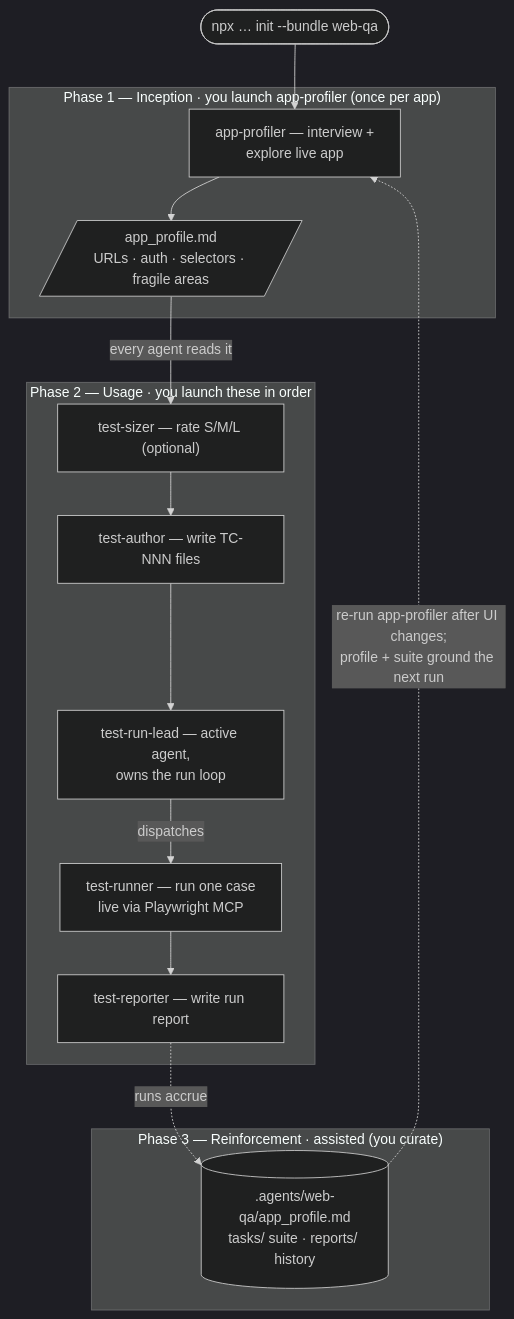
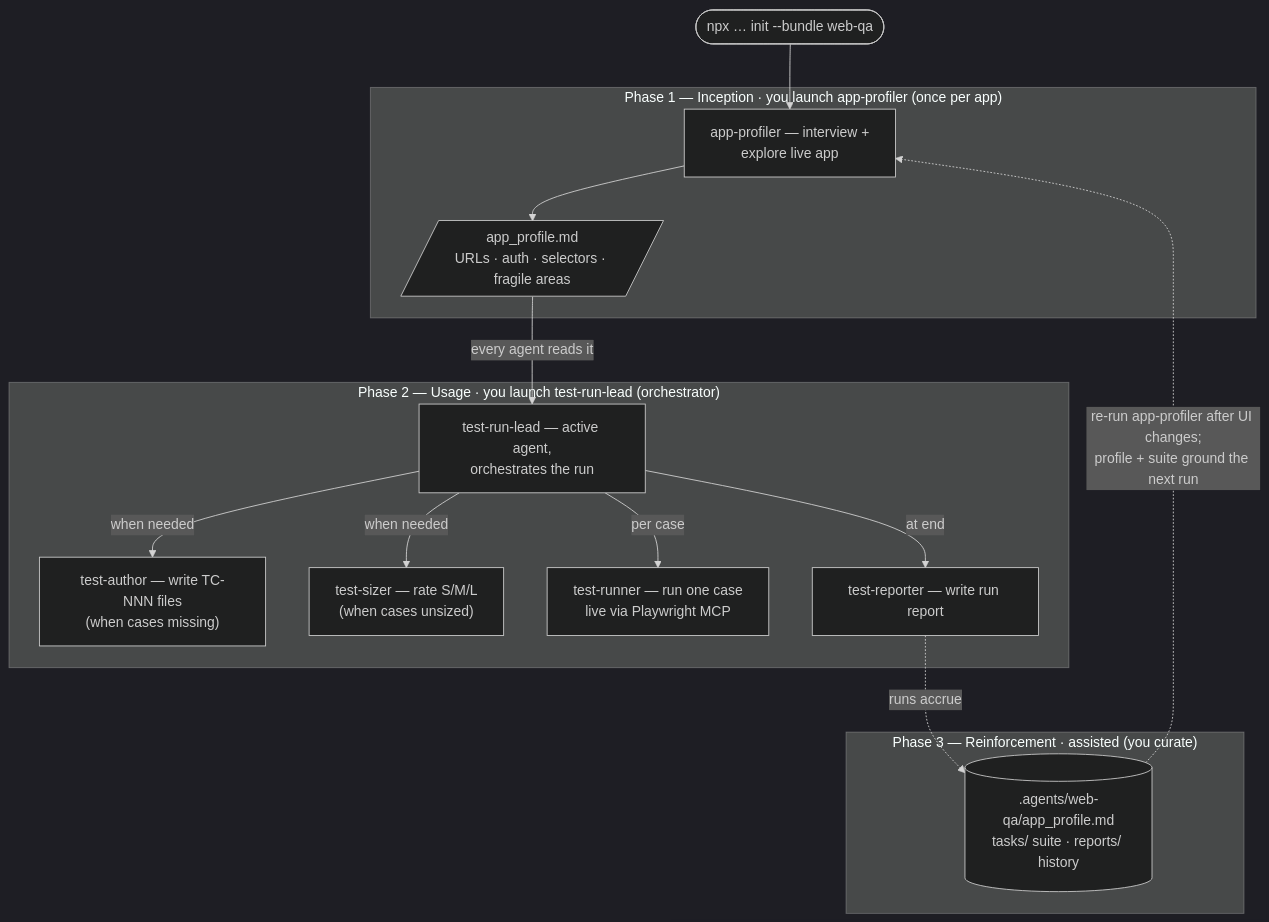
One commit to arozumenko/sdlc-skills changed the diagram in bundles/web-qa/README.md. Above: the diagram before and after it, drawn with Mermaid (dark theme). The commit also changed other lines of this file and 10 other files, not shown here.

````diff
--- a/bundles/web-qa/README.md
+++ b/bundles/web-qa/README.md
@@ -62,29 +69,31 @@
 ```mermaid
 flowchart TD
     install(["npx … init --bundle web-qa"]) --> profiler
 
     subgraph p1["Phase 1 — Inception · you launch app-profiler (once per app)"]
         profiler["app-profiler — interview +<br/>explore live app"]
         profile[/"app_profile.md<br/>URLs · auth · selectors · fragile areas"/]
         profiler --> profile
     end
 
-    subgraph p2["Phase 2 — Usage · you launch these in order"]
-        sizer["test-sizer — rate S/M/L (optional)"]
-        author["test-author — write TC-NNN files"]
-        lead["test-run-lead — active agent,<br/>owns the run loop"]
+    subgraph p2["Phase 2 — Usage · you launch test-run-lead (orchestrator)"]
+        lead["test-run-lead — active agent,<br/>orchestrates the run"]
+        author["test-author — write TC-NNN files<br/>(when cases missing)"]
+        sizer["test-sizer — rate S/M/L<br/>(when cases unsized)"]
         runner["test-runner — run one case<br/>live via Playwright MCP"]
         reporter["test-reporter — write run report"]
-        sizer --> author --> lead
-        lead -->|dispatches| runner --> reporter
+        lead -->|"when needed"| author
+        lead -->|"when needed"| sizer
+        lead -->|"per case"| runner
+        lead -->|"at end"| reporter
     end
 
-    profile -->|"every agent reads it"| sizer
+    profile -->|"every agent reads it"| lead
 
     subgraph p3["Phase 3 — Reinforcement · assisted (you curate)"]
         artifacts[(".agents/web-qa/app_profile.md<br/>tasks/ suite · reports/ history")]
     end
 
     reporter -. "runs accrue" .-> artifacts
     artifacts -. "re-run app-profiler after UI changes;<br/>profile + suite ground the next run" .-> profiler
 ```
````
